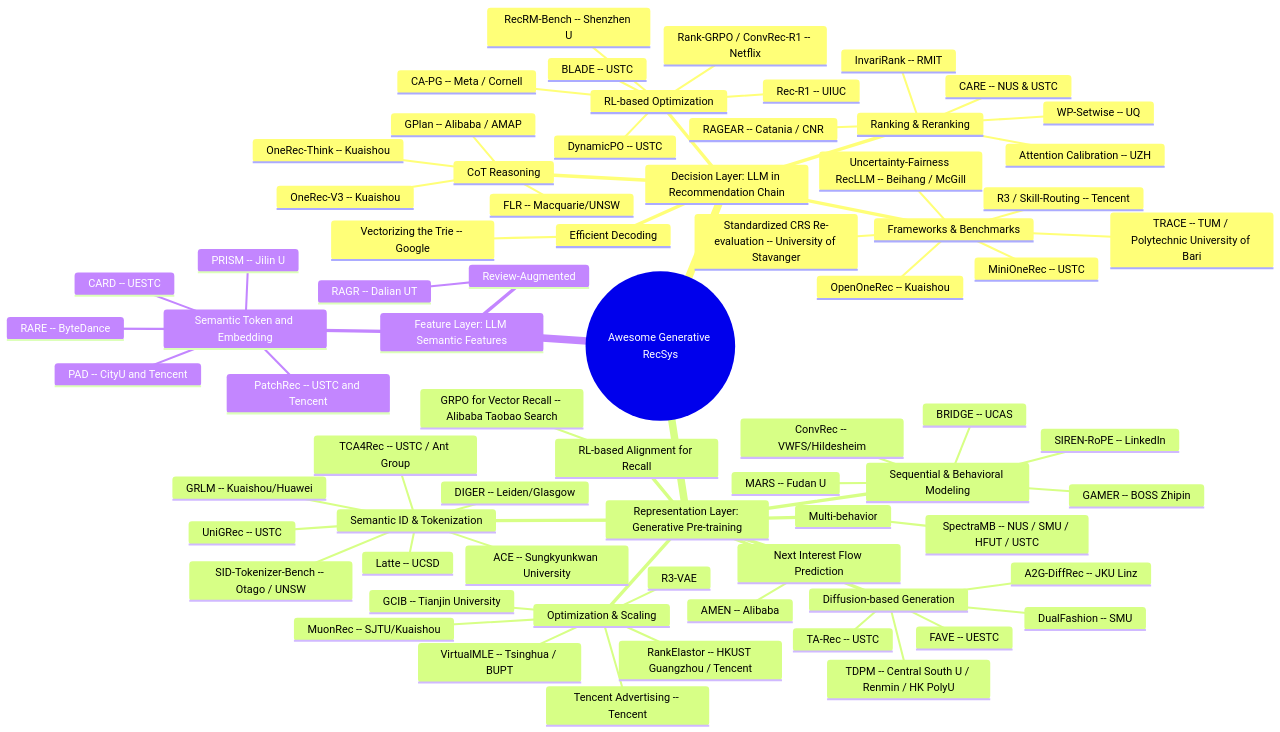
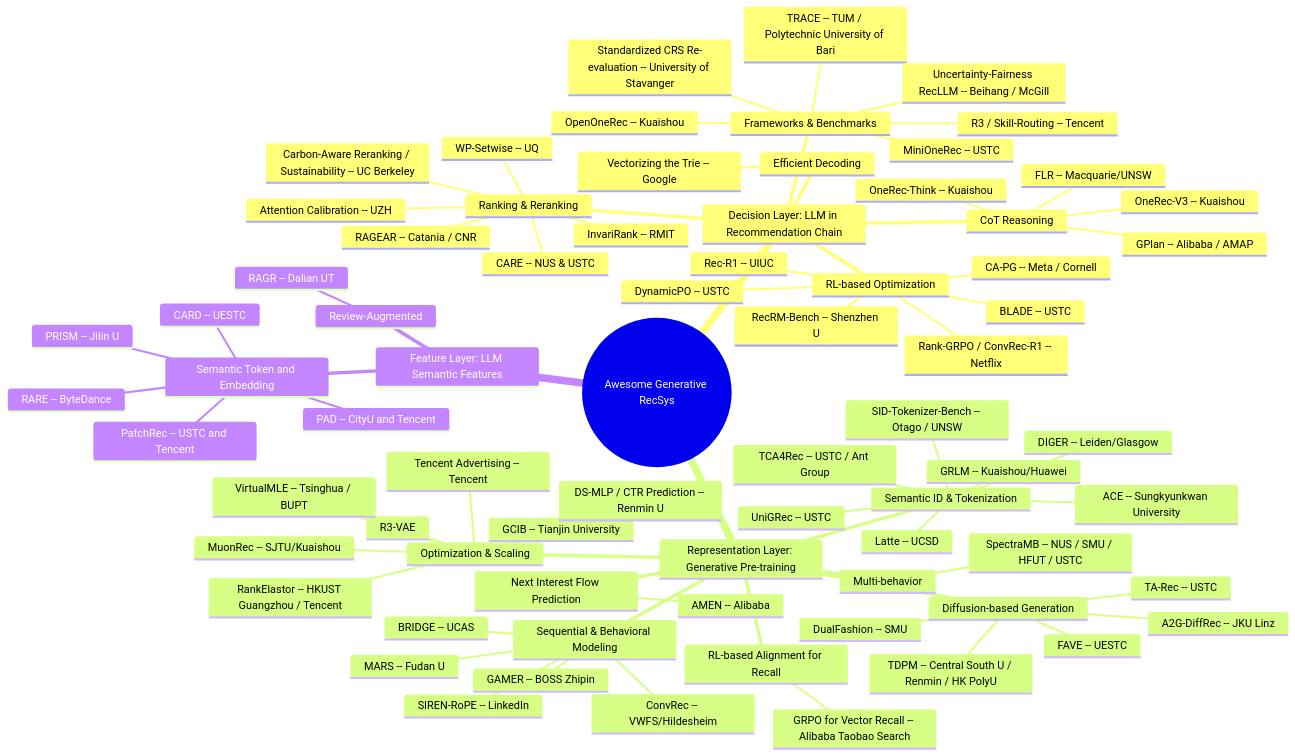
One commit to HaFred/awesome-generative-recsys changed the diagram in README.md. Above: the diagram before and after it, drawn with Mermaid. The commit also changed other lines of this file, not shown here.

Commit message:
feat: 8 papers June 4 (DSIRM Alibaba e-commerce, RGCD-Rep Kuaishou, SAILRec NEU, TAP-PER Microsoft, Carbon-Aware UC Berkeley, DINOSAUR ShareChat, EviRank Xidian, DS-MLP Renmin TKDD)

````diff
--- a/README.md
+++ b/README.md
@@ -6,75 +6,77 @@
 ```mermaid
 mindmap
   root((Awesome Generative RecSys))
     Decision Layer: LLM in Recommendation Chain
       CoT Reasoning
         OneRec-Think -- Kuaishou
         OneRec-V3 -- Kuaishou
         GPlan -- Alibaba / AMAP
         FLR -- Macquarie/UNSW
       RL-based Optimization
         Rank-GRPO / ConvRec-R1 -- Netflix
         Rec-R1 -- UIUC
         DynamicPO -- USTC
         RecRM-Bench -- Shenzhen U
         BLADE -- USTC
         CA-PG -- Meta / Cornell
       Ranking & Reranking
         CARE -- NUS & USTC
         InvariRank -- RMIT
         RAGEAR -- Catania / CNR
         WP-Setwise -- UQ
         Attention Calibration -- UZH
+        Carbon-Aware Reranking / Sustainability -- UC Berkeley
       Frameworks & Benchmarks
         TRACE -- TUM / Polytechnic University of Bari
         Uncertainty-Fairness RecLLM -- Beihang / McGill
         Standardized CRS Re-evaluation -- University of Stavanger
         R3 / Skill-Routing -- Tencent
         OpenOneRec -- Kuaishou
         MiniOneRec -- USTC
       Efficient Decoding
         Vectorizing the Trie -- Google
     Representation Layer: Generative Pre-training
       Semantic ID & Tokenization
         TCA4Rec -- USTC / Ant Group
         Latte -- UCSD
         DIGER -- Leiden/Glasgow
         UniGRec -- USTC
         GRLM -- Kuaishou/Huawei
         SID-Tokenizer-Bench -- Otago / UNSW
         ACE -- Sungkyunkwan University
       Next Interest Flow Prediction
         AMEN -- Alibaba
       RL-based Alignment for Recall
         GRPO for Vector Recall -- Alibaba Taobao Search
       Diffusion-based Generation
         A2G-DiffRec -- JKU Linz
         TA-Rec -- USTC
         DualFashion -- SMU
         FAVE -- UESTC
         TDPM -- Central South U / Renmin / HK PolyU
       Sequential & Behavioral Modeling
         GAMER -- BOSS Zhipin
         SIREN-RoPE -- LinkedIn
         ConvRec -- VWFS/Hildesheim
         BRIDGE -- UCAS
         MARS -- Fudan U
       Multi-behavior
         SpectraMB -- NUS / SMU / HFUT / USTC
       Optimization & Scaling
         MuonRec -- SJTU/Kuaishou
         R3-VAE
         Tencent Advertising -- Tencent
         RankElastor -- HKUST Guangzhou / Tencent
         GCIB -- Tianjin University
         VirtualMLE -- Tsinghua / BUPT
+        DS-MLP / CTR Prediction -- Renmin U
     Feature Layer: LLM Semantic Features
       Semantic Token and Embedding
         PatchRec -- USTC and Tencent
         PAD -- CityU and Tencent
         RARE -- ByteDance
         CARD -- UESTC
         PRISM -- Jilin U
       Review-Augmented
         RAGR -- Dalian UT
 ```
````
